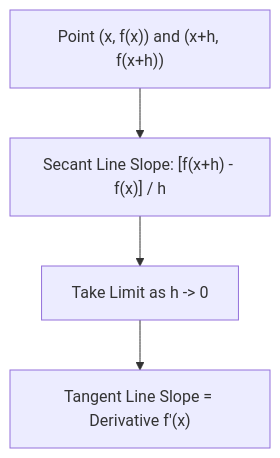
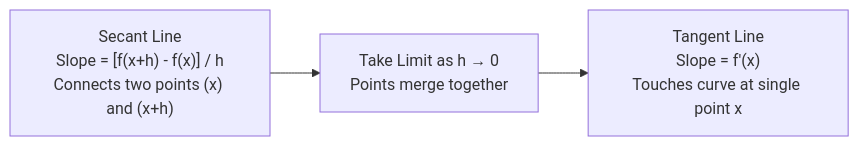
Before and after one commit to S1h2i3v4a/AI_ML: the diagram in lecture_22/Notes_22.06/README.md, drawn with Mermaid. The commit also changed other lines of this file and 156 other files, not shown here.

Commit message:
docs(lectures 22-24): align notes with video lectures, add blackboard diagrams, clean structured functions, and compile vector PDFs

````diff
--- a/lecture_22/Notes_22.06/README.md
+++ b/lecture_22/Notes_22.06/README.md
@@ -29,6 +16,5 @@
 ```mermaid
-graph TD
-    A["Point (x, f(x)) and (x+h, f(x+h))"] --> B["Secant Line Slope: [f(x+h) - f(x)] / h"]
-    B --> C["Take Limit as h -> 0"]
-    C --> D["Tangent Line Slope = Derivative f'(x)"]
+flowchart LR
+    Secant["Secant Line<br/>Slope = [f(x+h) - f(x)] / h<br/>Connects two points (x) and (x+h)"] --> Limit["Take Limit as h → 0<br/>Points merge together"]
+    Limit --> Tangent["Tangent Line<br/>Slope = f'(x)<br/>Touches curve at single point x"]
 ```
````
